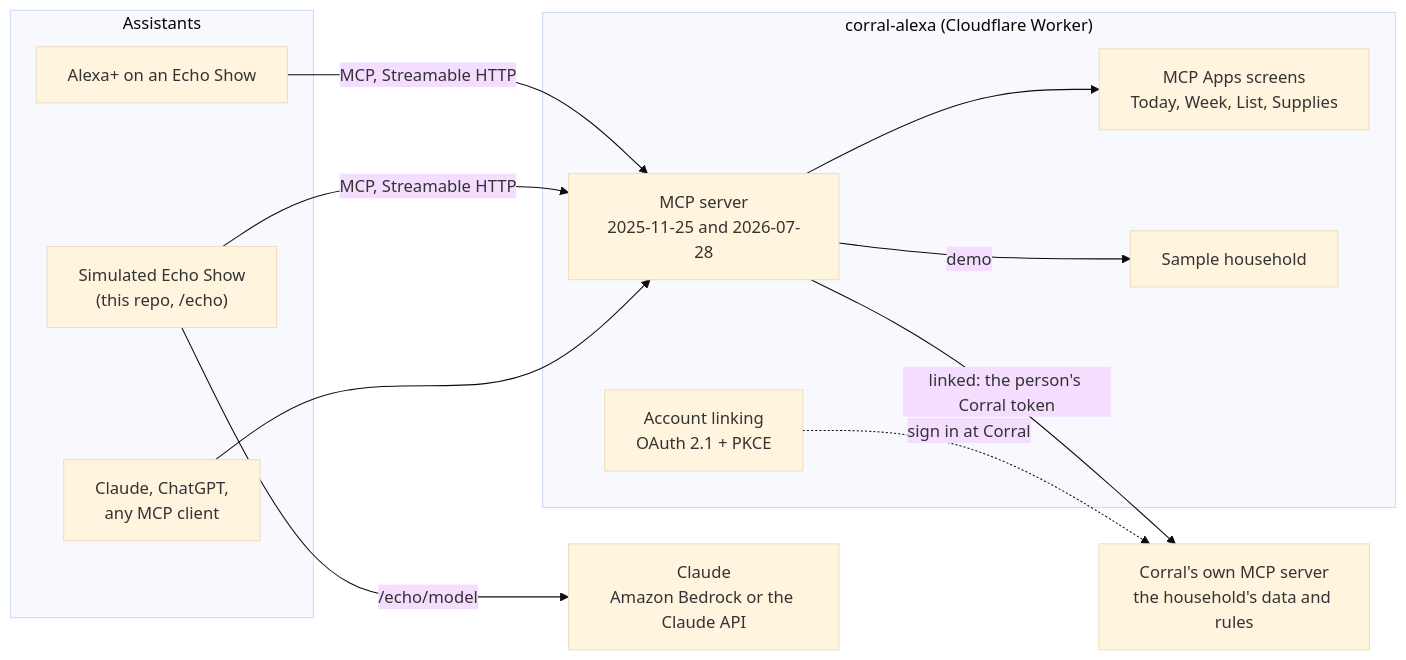
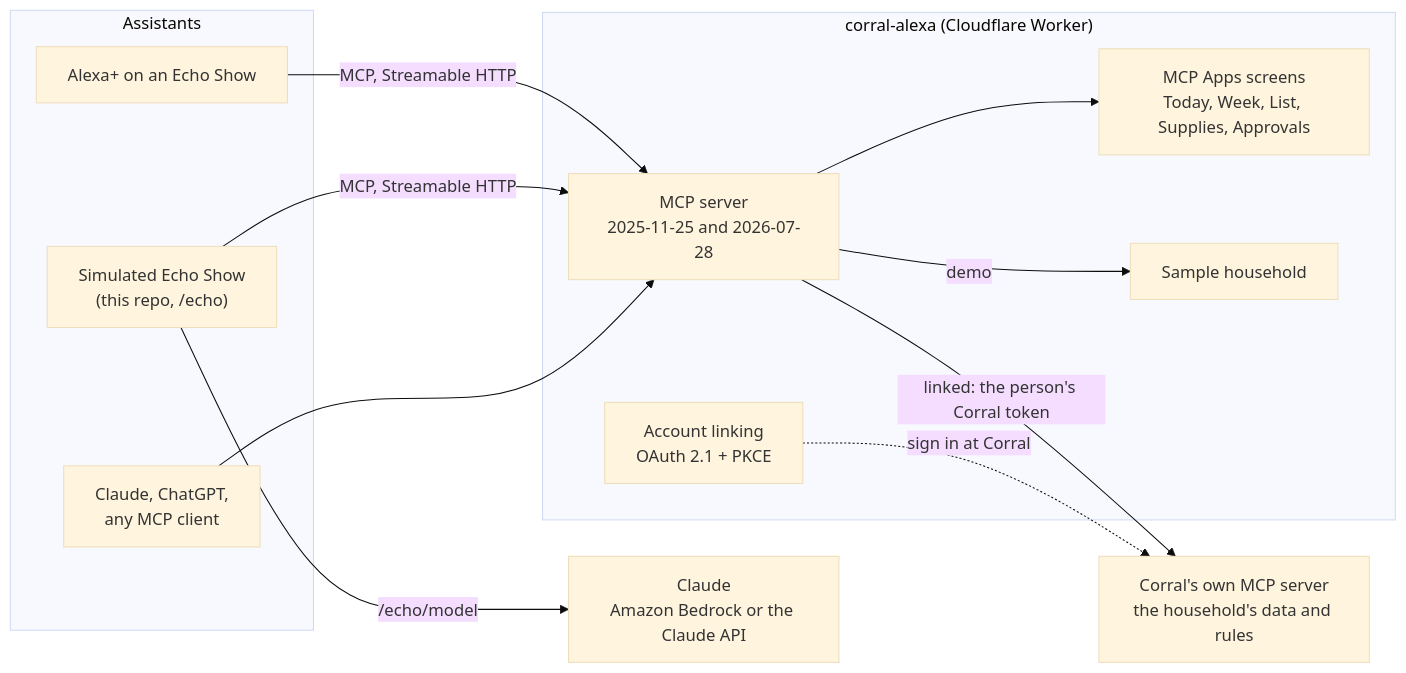
Before and after one commit to NMooreCo/corral-alexa: the diagram in README.md, drawn with Mermaid (base theme). The commit also changed other lines of this file and 15 other files, not shown here.

````diff
--- a/README.md
+++ b/README.md
@@ -27,24 +29,24 @@
 ```mermaid
 flowchart LR
   subgraph Assistants
     A["Alexa+ on an Echo Show"]
     S["Simulated Echo Show<br/>(this repo, /echo)"]
     O["Claude, ChatGPT,<br/>any MCP client"]
   end
   subgraph Bridge["corral-alexa (Cloudflare Worker)"]
     M["MCP server<br/>2025-11-25 and 2026-07-28"]
-    U["MCP Apps screens<br/>Today, Week, List, Supplies"]
+    U["MCP Apps screens<br/>Today, Week, List, Supplies, Approvals"]
     L["Account linking<br/>OAuth 2.1 + PKCE"]
     P["Sample household"]
   end
   B["Claude<br/>Amazon Bedrock or the Claude API"]
   C["Corral's own MCP server<br/>the household's data and rules"]
   A -- "MCP, Streamable HTTP" --> M
   S -- "MCP, Streamable HTTP" --> M
   O --> M
   S -- "/echo/model" --> B
   M --> U
   M -- "linked: the person's Corral token" --> C
   M -- "demo" --> P
   L -. "sign in at Corral" .-> C
 ```
````
